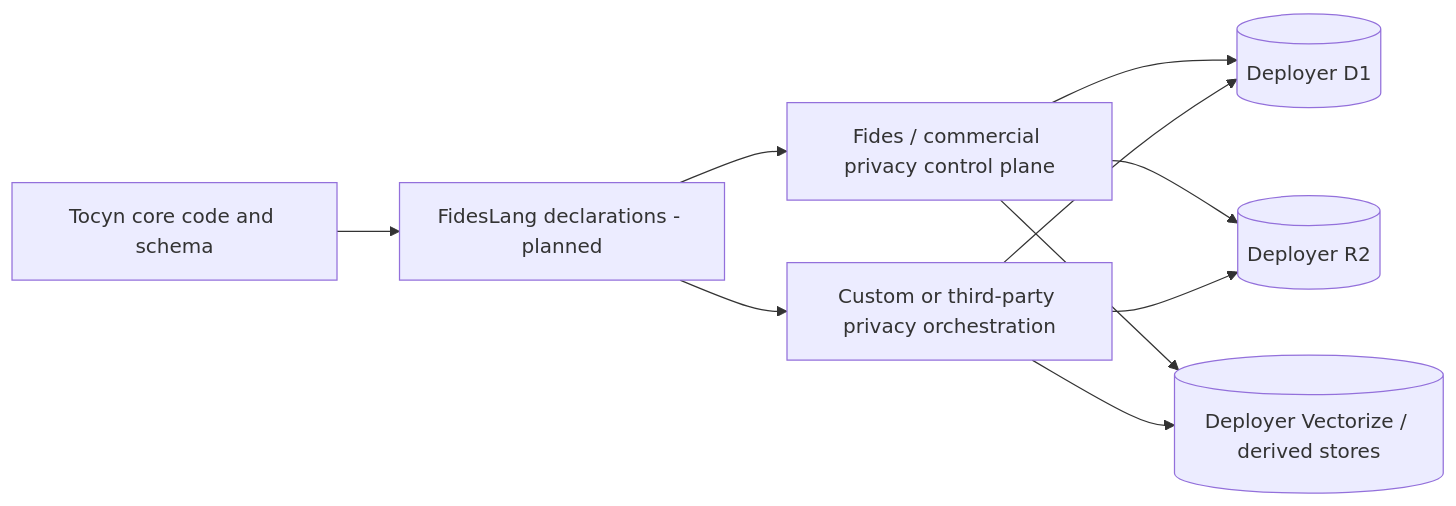
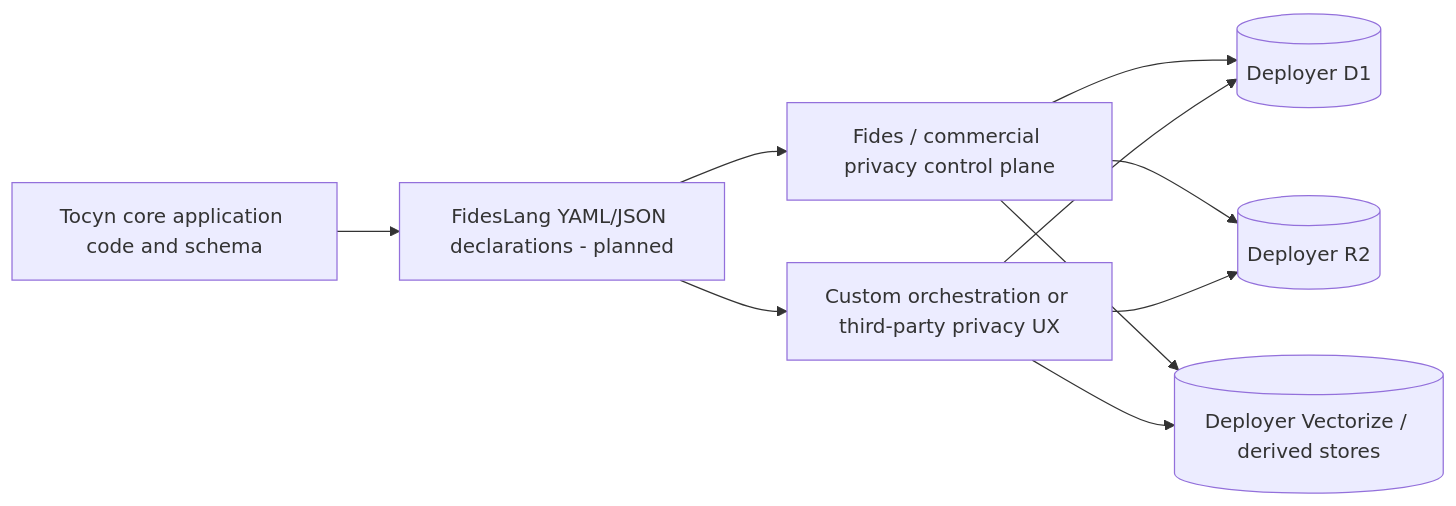
Before and after one commit to nathcymru/Tocyn: the first of 2 diagrams in docs/wiki-sync/PRIVACY_ARCHITECTURE.md, drawn with Mermaid. The commit also changed other lines of this file and 175 other files, not shown here.

````diff
--- a/docs/wiki-sync/PRIVACY_ARCHITECTURE.md
+++ b/docs/wiki-sync/PRIVACY_ARCHITECTURE.md
@@ -15,20 +38,20 @@
 ```mermaid
 flowchart LR
-  C[Tocyn core code and schema]
-  F[FidesLang declarations - planned]
-  A[Fides / commercial privacy control plane]
-  B[Custom or third-party privacy orchestration]
-  D1[(Deployer D1)]
-  R2[(Deployer R2)]
-  V[(Deployer Vectorize / derived stores)]
+    C[Tocyn core application code and schema]
+    F[FidesLang YAML/JSON declarations - planned]
+    A[Fides / commercial privacy control plane]
+    B[Custom orchestration or third-party privacy UX]
+    D1[(Deployer D1)]
+    R2[(Deployer R2)]
+    V[(Deployer Vectorize / derived stores)]
 
-  C --> F
-  F --> A
-  F --> B
-  A --> D1
-  A --> R2
-  A --> V
-  B --> D1
-  B --> R2
-  B --> V
+    C --> F
+    F --> A
+    F --> B
+    A --> D1
+    A --> R2
+    A --> V
+    B --> D1
+    B --> R2
+    B --> V
 ```
````
